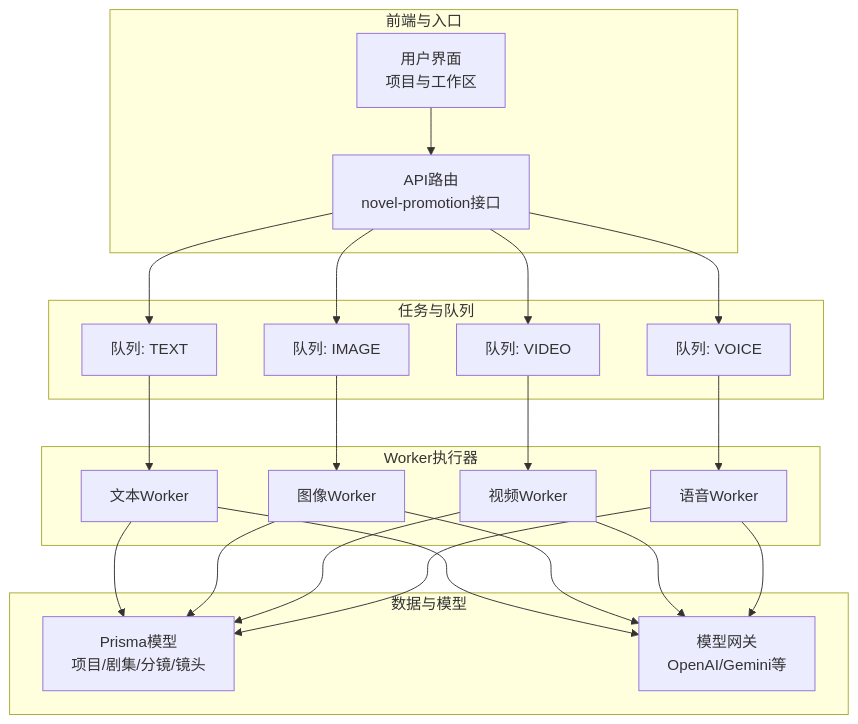
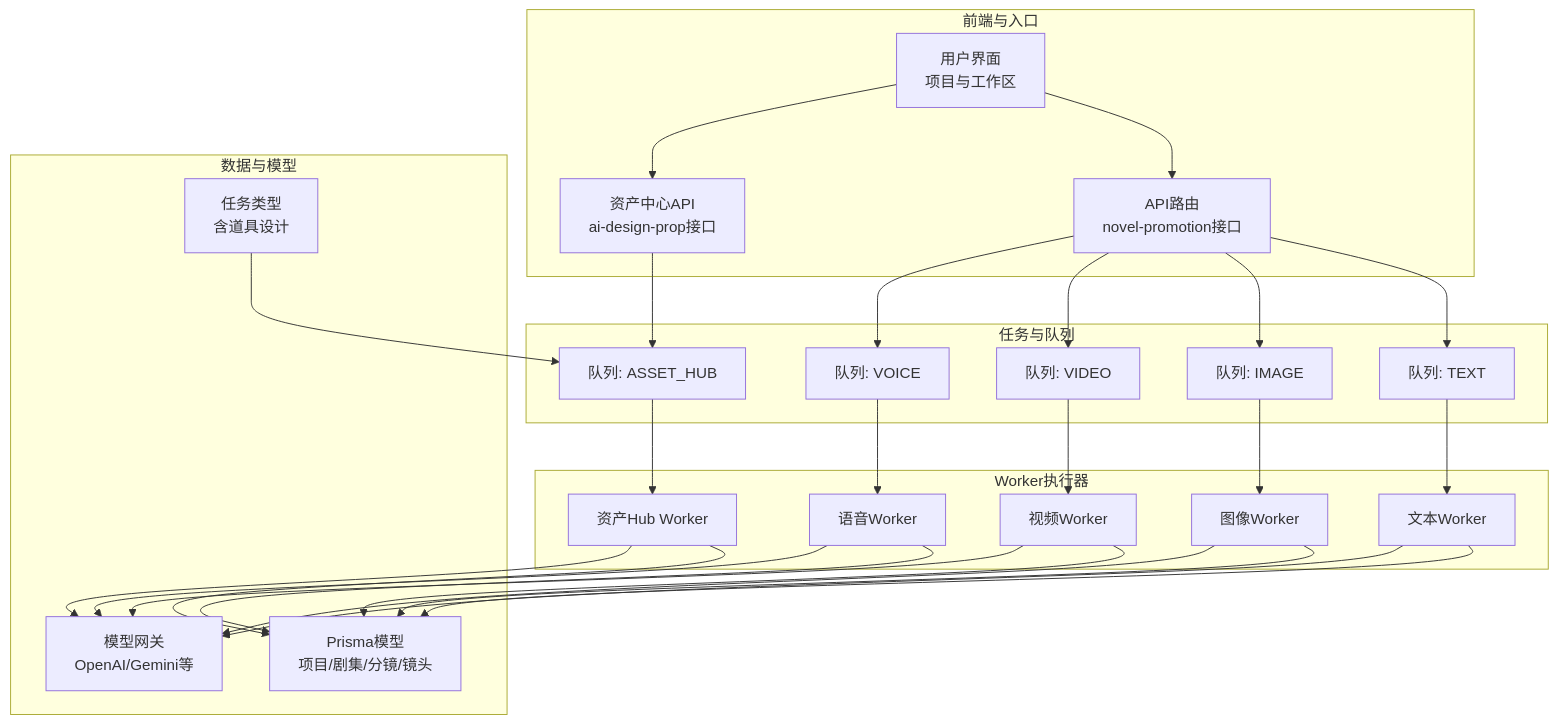
The first of 8 diagrams in .qoder/repowiki/zh/content/小说推广工作流/小说推广工作流.md (lyl2021/waoowaoo), drawn with Mermaid before and after one commit. The commit also changed other lines of this file and 43 other files, not shown here.

````diff
--- a/.qoder/repowiki/zh/content/小说推广工作流/小说推广工作流.md
+++ b/.qoder/repowiki/zh/content/小说推广工作流/小说推广工作流.md
@@ -46,40 +68,50 @@
 ```mermaid
 graph TB
 subgraph "前端与入口"
 UI["用户界面<br/>项目与工作区"]
 API["API路由<br/>novel-promotion接口"]
+AH_API["资产中心API<br/>ai-design-prop接口"]
 end
 subgraph "任务与队列"
 Q_TEXT["队列: TEXT"]
 Q_IMAGE["队列: IMAGE"]
 Q_VIDEO["队列: VIDEO"]
 Q_VOICE["队列: VOICE"]
+Q_AH["队列: ASSET_HUB"]
 end
 subgraph "Worker执行器"
 W_TEXT["文本Worker"]
 W_IMAGE["图像Worker"]
 W_VIDEO["视频Worker"]
 W_VOICE["语音Worker"]
+W_AH["资产Hub Worker"]
 end
 subgraph "数据与模型"
 PRISMA["Prisma模型<br/>项目/剧集/分镜/镜头"]
 MODELS["模型网关<br/>OpenAI/Gemini等"]
+TASK_TYPES["任务类型<br/>含道具设计"]
 end
 UI --> API
+UI --> AH_API
 API --> Q_TEXT
 API --> Q_IMAGE
 API --> Q_VIDEO
 API --> Q_VOICE
+AH_API --> Q_AH
 Q_TEXT --> W_TEXT
 Q_IMAGE --> W_IMAGE
 Q_VIDEO --> W_VIDEO
 Q_VOICE --> W_VOICE
+Q_AH --> W_AH
 W_TEXT --> PRISMA
 W_IMAGE --> PRISMA
 W_VIDEO --> PRISMA
 W_VOICE --> PRISMA
+W_AH --> PRISMA
 W_TEXT --> MODELS
 W_IMAGE --> MODELS
 W_VIDEO --> MODELS
 W_VOICE --> MODELS
+W_AH --> MODELS
+TASK_TYPES --> Q_AH
 ```
````
